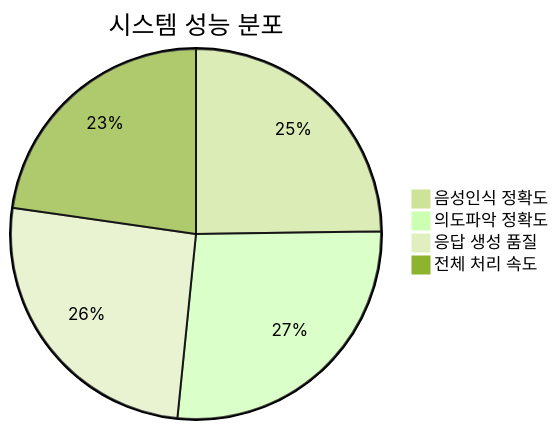
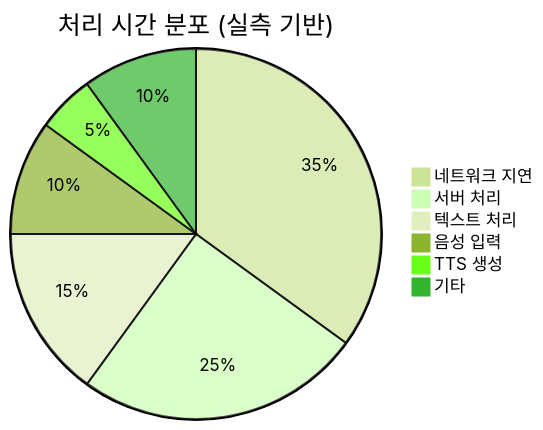
The sixth of 7 diagrams in architecture_diagrams.md (melpes/kiosk), drawn with Mermaid (forest theme) before and after one commit. The commit also changed other lines of this file, not shown here.

Commit message:
Update architecture_diagrams.md
가상값 실측값으로 변경

````diff
--- a/architecture_diagrams.md
+++ b/architecture_diagrams.md
@@ -219,7 +219,9 @@
 ```mermaid
-pie title 시스템 성능 분포
-    "음성인식 정확도" : 85
-    "의도파악 정확도" : 92
-    "응답 생성 품질" : 88
-    "전체 처리 속도" : 78
+pie title 처리 시간 분포 (실측 기반)
+    "네트워크 지연" : 35
+    "서버 처리" : 25
+    "텍스트 처리" : 15
+    "음성 입력" : 10
+    "TTS 생성" : 5
+    "기타" : 10
 ```
````
